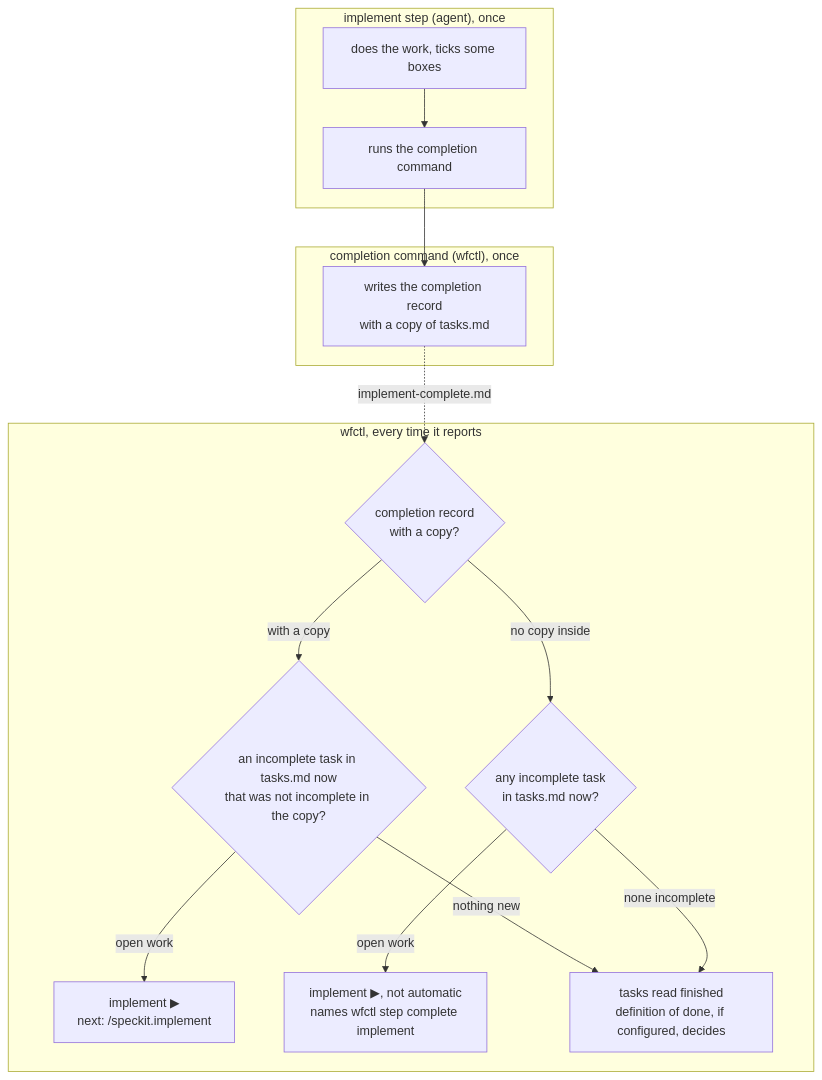
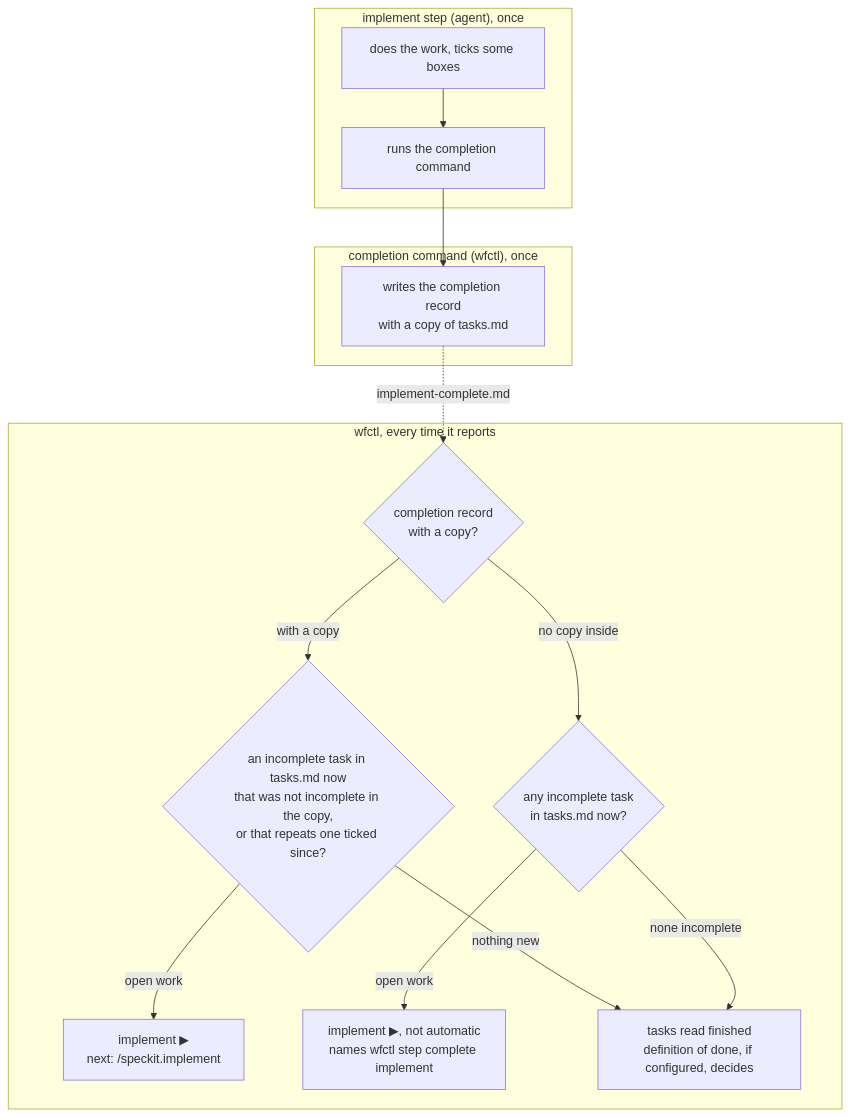
One commit to aamarin/wfctl changed the diagram in docs/architecture/new-task-reopens-implement.md. Above: the diagram before and after it, drawn with Mermaid. The commit also changed other lines of this file and 1 other file, not shown here.

First line of the commit message:
docs(completion): name every edit that still hides a new task

````diff
--- a/docs/architecture/new-task-reopens-implement.md
+++ b/docs/architecture/new-task-reopens-implement.md
@@ -121,27 +123,27 @@
 ```mermaid
 flowchart TD
   subgraph agent["implement step (agent), once"]
     work["does the work, ticks some boxes"]
     finish["runs the completion command"]
   end
   subgraph cmd["completion command (wfctl), once"]
     save["writes the completion record<br/>with a copy of tasks.md"]
   end
   subgraph wfctl["wfctl, every time it reports"]
     exists{"completion record<br/>with a copy?"}
     boxes{"any incomplete task<br/>in tasks.md now?"}
-    cmp{"an incomplete task in tasks.md now<br/>that was not incomplete in the copy?"}
+    cmp{"an incomplete task in tasks.md now<br/>that was not incomplete in the copy,<br/>or that repeats one ticked since?"}
     open["implement ▶<br/>next: /speckit.implement"]
     held["implement ▶, not automatic<br/>names wfctl step complete implement"]
     closed["tasks read finished<br/>definition of done, if configured, decides"]
   end
   work --> finish
   finish --> save
   save -. "implement-complete.md" .-> exists
   exists -- "with a copy" --> cmp
   exists -- "no copy inside" --> boxes
   cmp -- "open work" --> open
   cmp -- "nothing new" --> closed
   boxes -- "open work" --> held
   boxes -- "none incomplete" --> closed
 ```
````
